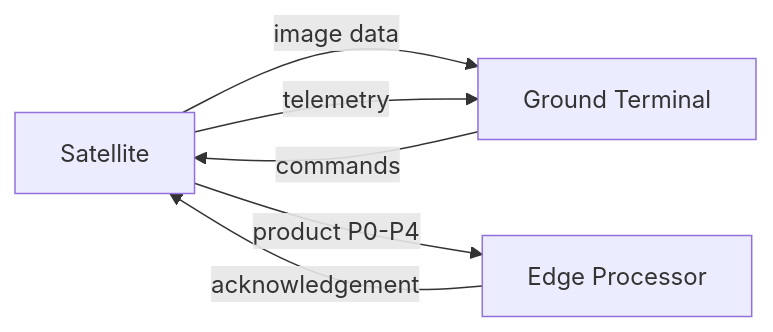
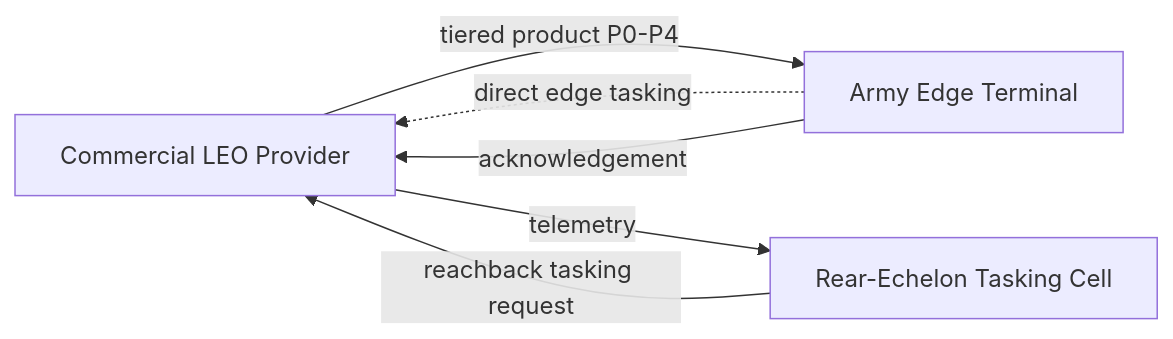
The diagram in docs/INTERFACES.md (noahstephenson/leo-edge-architecture), drawn with Mermaid before and after one commit. The commit also changed other lines of this file, not shown here.

````diff
--- a/docs/INTERFACES.md
+++ b/docs/INTERFACES.md
@@ -41,8 +57,8 @@
 ```mermaid
 graph LR
-Satellite[Satellite] -->|image data| Ground[Ground Terminal]
-Satellite -->|telemetry| Ground
-Ground -->|commands| Satellite
-Satellite -->|product P0-P4| Edge[Edge Processor]
-Edge -->|acknowledgement| Satellite
+Provider[Commercial LEO Provider] -->|tiered product P0-P4| Terminal[Army Edge Terminal]
+Provider -->|telemetry| Rear[Rear-Echelon Tasking Cell]
+Rear -->|reachback tasking request| Provider
+Terminal -.direct edge tasking.-> Provider
+Terminal -->|acknowledgement| Provider
 ```
````
